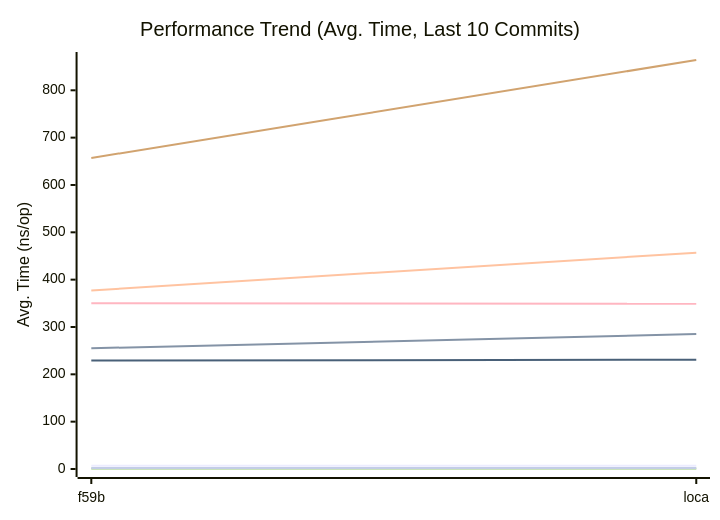
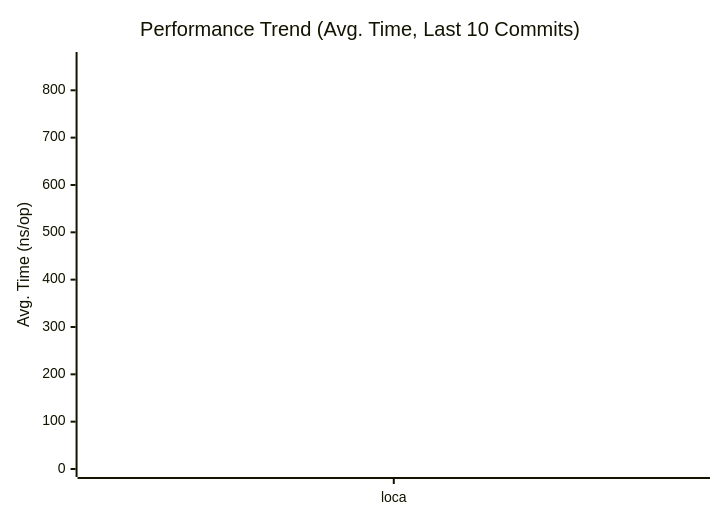
One commit to alsotoes/momo changed the first of 3 diagrams in docs/PERFORMANCE.md. Above: the diagram before and after it, drawn with Mermaid. The commit also changed other lines of this file and 2 other files, not shown here.

````diff
--- a/docs/PERFORMANCE.md
+++ b/docs/PERFORMANCE.md
@@ -80,16 +80,16 @@
 ```mermaid
 xychart-beta
     title "Performance Trend (Avg. Time, Last 10 Commits)"
     x-axis "Commit"
     y-axis "Avg. Time (ns/op)"
-    x-axis [f59b,loca]
-    line "CheckMetricsAndSwap" [7,7,6,6,7,7,19,6,6,6]
-    line "CrushOptimized" [255,285,284,286,323,345,528,260,279,265]
-    line "CrushOriginal" [377,457,376,390,365,708,1101,375,388,399]
-    line "IndexDirectTracking" [0,0,0,0,0,0,1,0,0,0]
-    line "IndexSearch" [1,1,1,3,1,3,4,3,2,3]
-    line "LoadGlobalConfig" [657,864,658,615,611,855,1324,681,613,619]
+    x-axis [loca]
+    line "CheckMetricsAndSwap" [7,6,6,7,7,19,6,6,6,7]
+    line "CrushOptimized" [285,284,286,323,345,528,260,279,265,295]
+    line "CrushOriginal" [457,376,390,365,708,1101,375,388,399,426]
+    line "IndexDirectTracking" [0,0,0,0,0,1,0,0,0,0]
+    line "IndexSearch" [1,1,3,1,3,4,3,2,3,3]
+    line "LoadGlobalConfig" [864,658,615,611,855,1324,681,613,619,815]
     line "PadString" [2,2,2,2,2,2,2,2,2,2]
     line "ParseReplicationOrder_NoPrealloc" [350,349,357,354,345,225,229,165,232,234]
     line "ParseReplicationOrder_Prealloc" [229,231,237,234,229,108,107,80,110,109]
 ```
````
